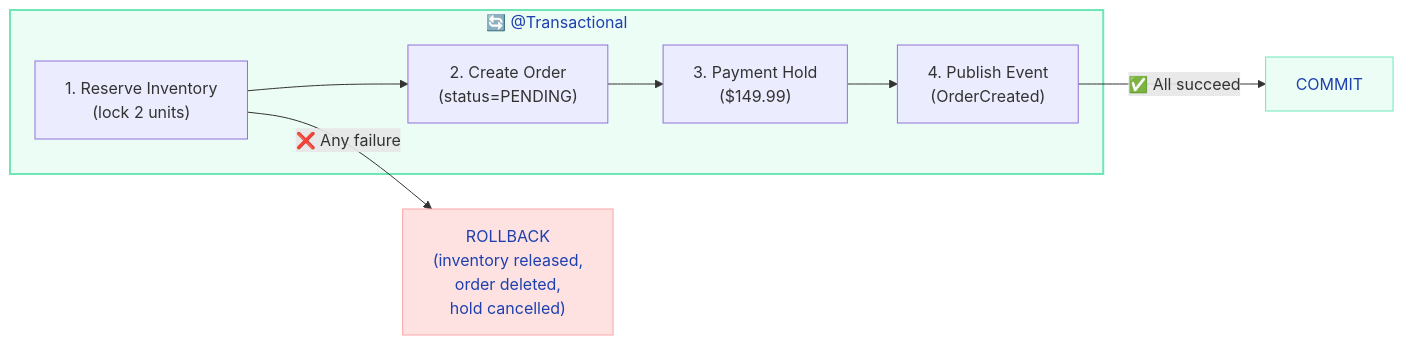
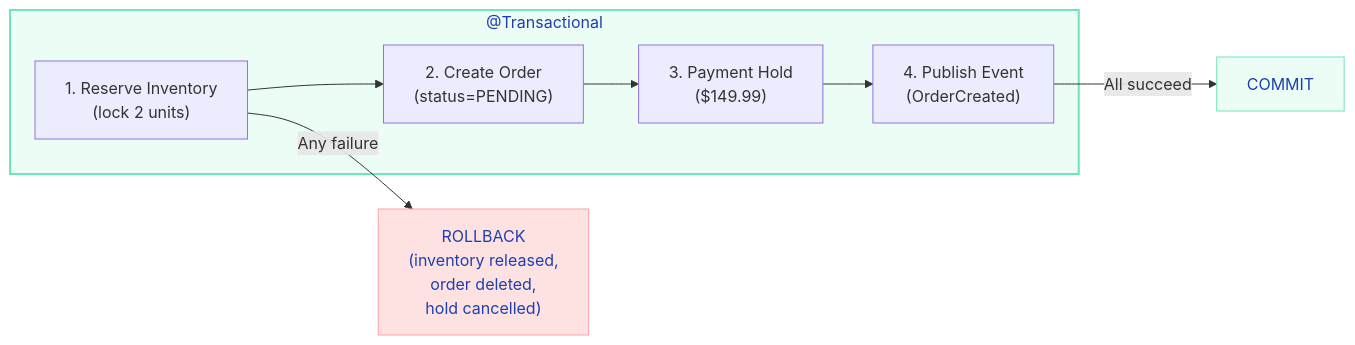
Before and after one commit to saivamsikaruturi/vamsilabs-dev-notes-main: the first of 7 diagrams in docs/springboot/transactions.md, drawn with Mermaid. The commit also changed other lines of this file and 21 other files, not shown here.

````diff
--- a/docs/springboot/transactions.md
+++ b/docs/springboot/transactions.md
@@ -14,15 +28,15 @@
 ```mermaid
 flowchart LR
-    subgraph TX["🔄 @Transactional"]
+    subgraph TX["@Transactional"]
         S1["1. Reserve Inventory<br/>(lock 2 units)"] --> S2["2. Create Order<br/>(status=PENDING)"]
         S2 --> S3["3. Payment Hold<br/>($149.99)"]
         S3 --> S4["4. Publish Event<br/>(OrderCreated)"]
     end
     
-    S4 -->|"✅ All succeed"| Commit["COMMIT"]
-    S1 -->|"❌ Any failure"| Rollback["ROLLBACK<br/>(inventory released,<br/>order deleted,<br/>hold cancelled)"]
+    S4 -->|"All succeed"| Commit["COMMIT"]
+    S1 -->|"Any failure"| Rollback["ROLLBACK<br/>(inventory released,<br/>order deleted,<br/>hold cancelled)"]
 
     style TX fill:#ECFDF5,stroke:#6EE7B7,stroke-width:2px,color:#1E40AF
     style Commit fill:#ECFDF5,stroke:#6EE7B7,color:#1E40AF
     style Rollback fill:#FEE2E2,stroke:#FCA5A5,color:#1E40AF
 ```
````
